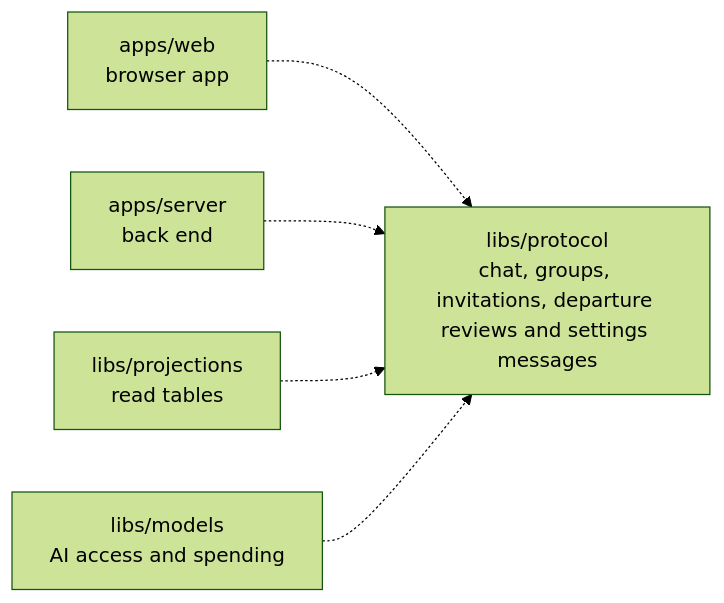
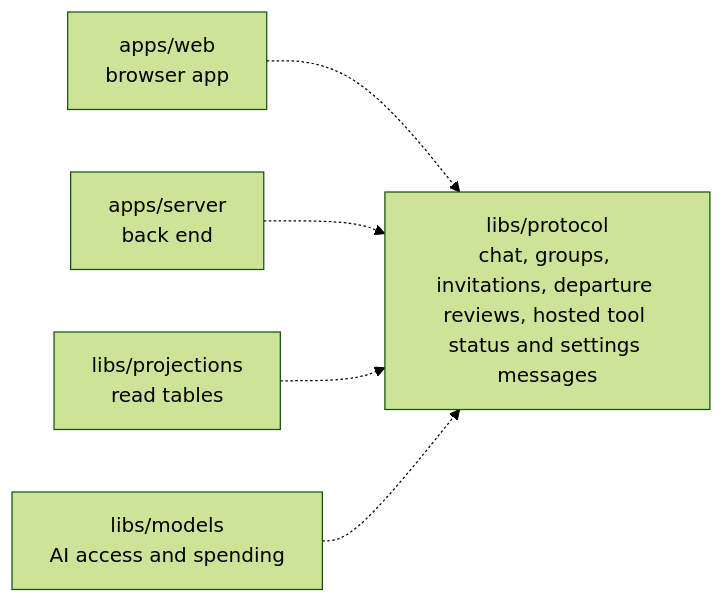
Before and after one commit to elewa-git/opencrane-new: the diagram in libs/protocol/README.md, drawn with Mermaid (forest theme). The commit also changed other lines of this file and 22 other files, not shown here.

````diff
--- a/libs/protocol/README.md
+++ b/libs/protocol/README.md
@@ -11,7 +11,7 @@
 ```mermaid
 flowchart LR
-  web["apps/web<br/>browser app"] -.-> protocol["libs/protocol<br/>chat, groups, invitations, departure reviews and settings messages"]
+  web["apps/web<br/>browser app"] -.-> protocol["libs/protocol<br/>chat, groups, invitations, departure reviews, hosted tool status and settings messages"]
   server["apps/server<br/>back end"] -.-> protocol
   projections["libs/projections<br/>read tables"] -.-> protocol
   models["libs/models<br/>AI access and spending"] -.-> protocol
 ```
````
